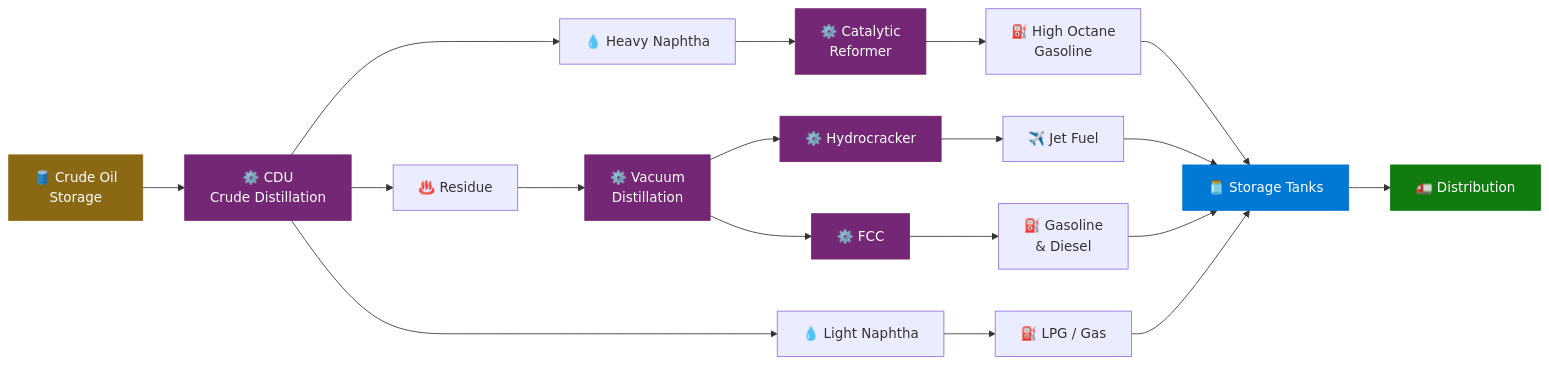
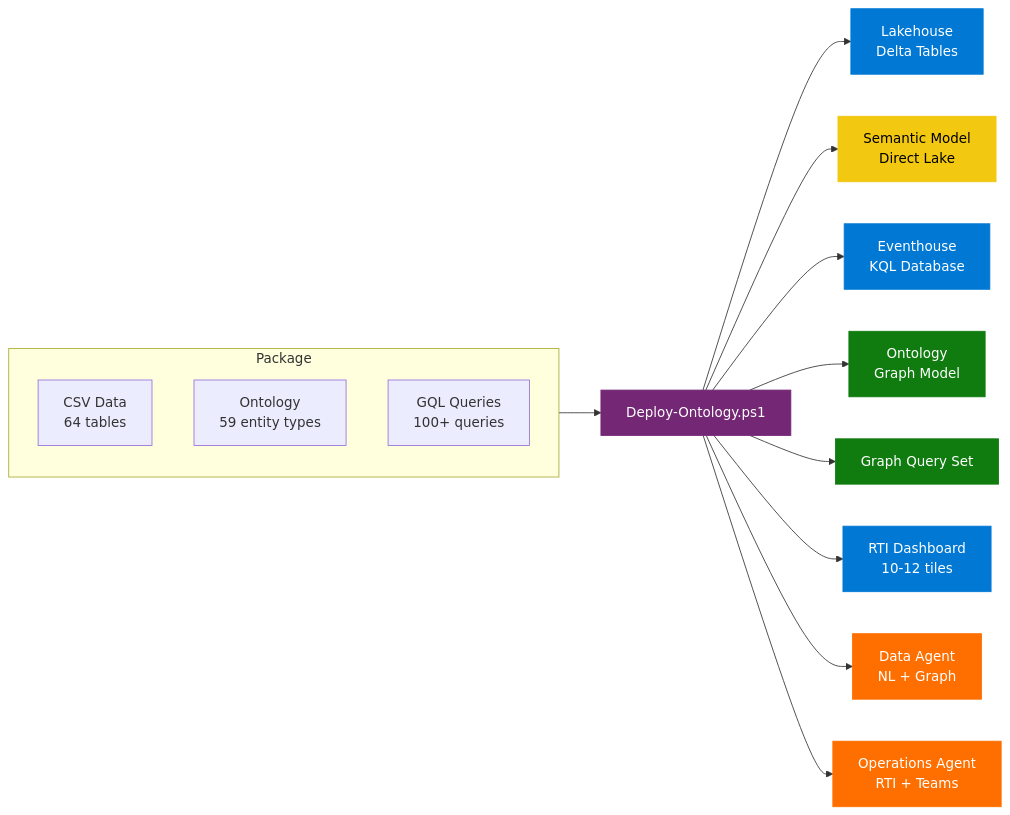
Before and after one commit to cyphou/Ontology-RTI: the first of 11 diagrams in README.md, drawn with Mermaid. The commit also changed other lines of this file and 208 other files, not shown here.

````diff
--- a/README.md
+++ b/README.md
@@ -213,29 +40,29 @@
 ```mermaid
 flowchart LR
-    A["🛢️ Crude Oil\nStorage"] --> B["⚙️ CDU\nCrude Distillation"]
-    B --> C["💧 Light Naphtha"]
-    B --> D["💧 Heavy Naphtha"]
-    B --> E["♨️ Residue"]
-    C --> F["⛽ LPG / Gas"]
-    D --> G["⚙️ Catalytic\nReformer"]
-    E --> H["⚙️ Vacuum\nDistillation"]
-    G --> I["⛽ High Octane\nGasoline"]
-    H --> J["⚙️ Hydrocracker"]
-    H --> K["⚙️ FCC"]
-    J --> L["✈️ Jet Fuel"]
-    K --> M["⛽ Gasoline\n& Diesel"]
-    I --> N["🫙 Storage Tanks"]
-    L --> N
-    M --> N
-    F --> N
-    N --> O["🚛 Distribution"]
+    subgraph Input["Package"]
+        CSV["CSV Data\n64 tables"]
+        ONT["Ontology\n59 entity types"]
+        GQL["GQL Queries\n100+ queries"]
+    end
 
-    style A fill:#8B6914,color:#fff,stroke:#8B6914
-    style B fill:#742774,color:#fff,stroke:#742774
-    style G fill:#742774,color:#fff,stroke:#742774
-    style H fill:#742774,color:#fff,stroke:#742774
-    style J fill:#742774,color:#fff,stroke:#742774
-    style K fill:#742774,color:#fff,stroke:#742774
-    style N fill:#0078D4,color:#fff,stroke:#0078D4
-    style O fill:#107C10,color:#fff,stroke:#107C10
+    CMD["Deploy-Ontology.ps1"] --> LH["Lakehouse\nDelta Tables"]
+    CMD --> SM["Semantic Model\nDirect Lake"]
+    CMD --> EH["Eventhouse\nKQL Database"]
+    CMD --> OB["Ontology\nGraph Model"]
+    CMD --> GQS["Graph Query Set"]
+    CMD --> DASH["RTI Dashboard\n10-12 tiles"]
+    CMD --> DA["Data Agent\nNL + Graph"]
+    CMD --> OA["Operations Agent\nRTI + Teams"]
+
+    Input --> CMD
+
+    style CMD fill:#742774,color:#fff,stroke:#742774
+    style LH fill:#0078D4,color:#fff,stroke:#0078D4
+    style SM fill:#F2C811,color:#000,stroke:#F2C811
+    style EH fill:#0078D4,color:#fff,stroke:#0078D4
+    style OB fill:#107C10,color:#fff,stroke:#107C10
+    style GQS fill:#107C10,color:#fff,stroke:#107C10
+    style DASH fill:#0078D4,color:#fff,stroke:#0078D4
+    style DA fill:#FF6F00,color:#fff,stroke:#FF6F00
+    style OA fill:#FF6F00,color:#fff,stroke:#FF6F00
 ```
````
